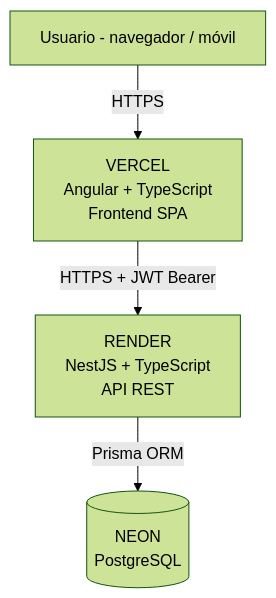
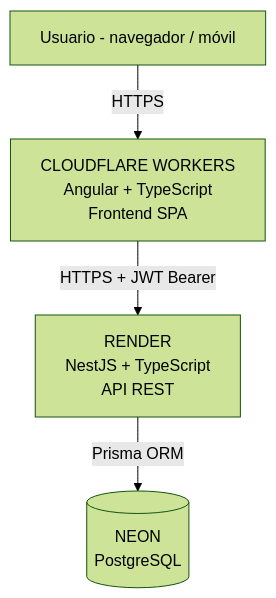
One commit to Juanchodavid2002/KashiraFinance changed the first of 3 diagrams in docs/04-arquitectura.md. Above: the diagram before and after it, drawn with Mermaid (forest theme). The commit also changed other lines of this file and 7 other files, not shown here.

````diff
--- a/docs/04-arquitectura.md
+++ b/docs/04-arquitectura.md
@@ -17,6 +17,6 @@
 ```mermaid
 flowchart TD
-    U[Usuario - navegador / móvil] -->|HTTPS| V[Vercel]
-    V["VERCEL<br/>Angular + TypeScript<br/>Frontend SPA"] -->|HTTPS + JWT Bearer| R["RENDER<br/>NestJS + TypeScript<br/>API REST"]
+    U[Usuario - navegador / móvil] -->|HTTPS| CF["CLOUDFLARE WORKERS<br/>Angular + TypeScript<br/>Frontend SPA"]
+    CF -->|HTTPS + JWT Bearer| R["RENDER<br/>NestJS + TypeScript<br/>API REST"]
     R -->|Prisma ORM| N[("NEON<br/>PostgreSQL")]
 ```
````
